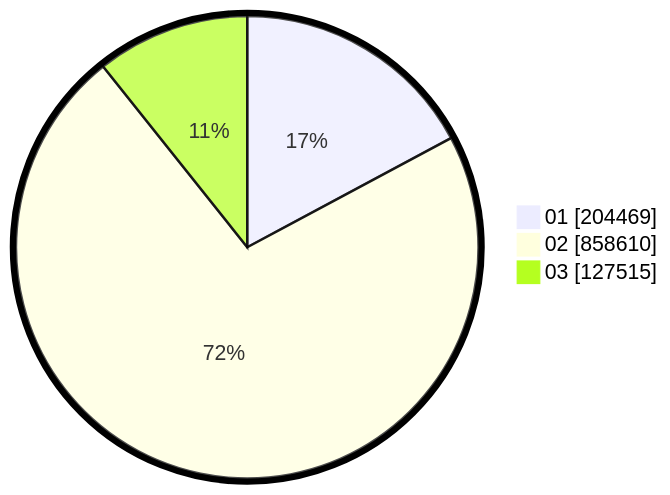
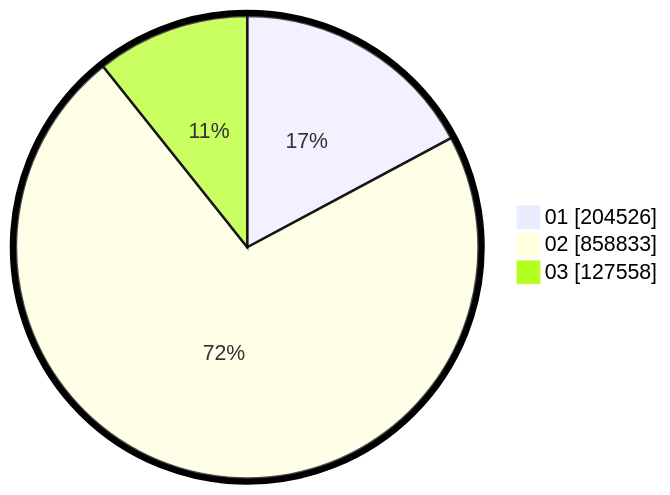
One commit to gigit-pemilu/pemilu-2024 changed the second of 2 diagrams in pilpres/hitung-suara/sub/table-wilayah-62.md. Above: the diagram before and after it, drawn with Mermaid. The commit also changed other lines of this file and 5 other files, not shown here.

````diff
--- a/pilpres/hitung-suara/sub/table-wilayah-62.md
+++ b/pilpres/hitung-suara/sub/table-wilayah-62.md
@@ -15,7 +15,7 @@
 ```mermaid
 %%{init: {"pie": {"textPosition": 0.5}, "themeVariables": {"pieOuterStrokeWidth": "5px"}} }%%
 pie showData
-    "01" : 204469
-    "02" : 858610
-    "03" : 127515
+    "01" : 204526
+    "02" : 858833
+    "03" : 127558
 ```
````
